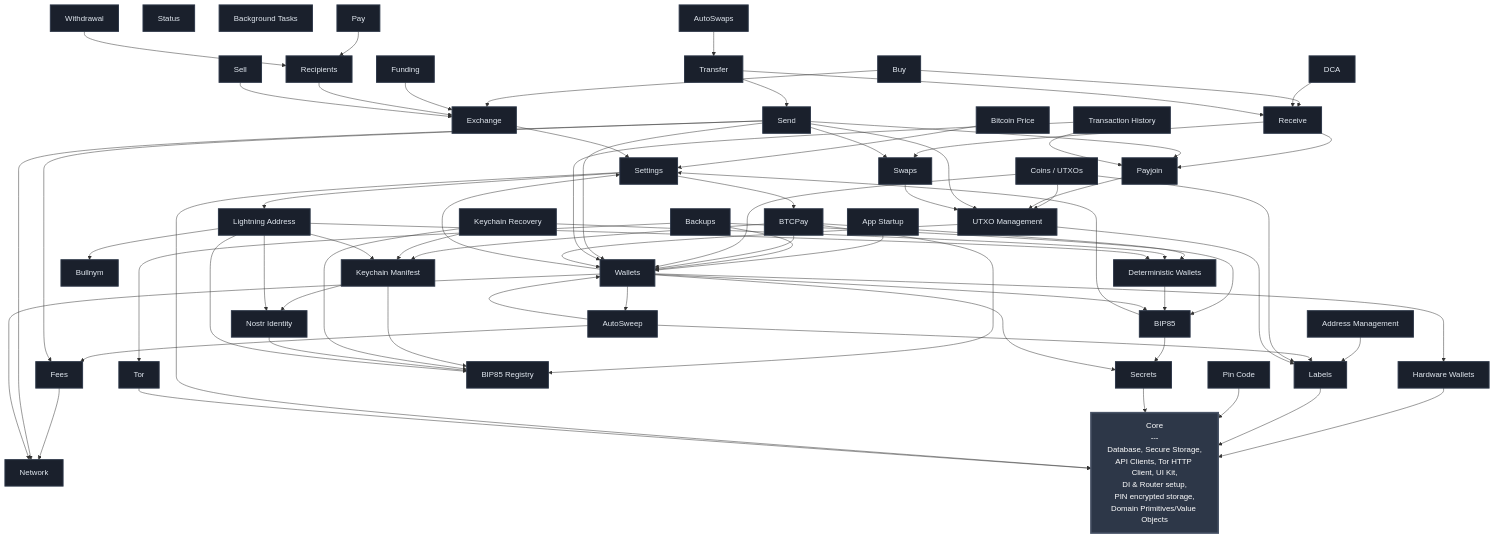
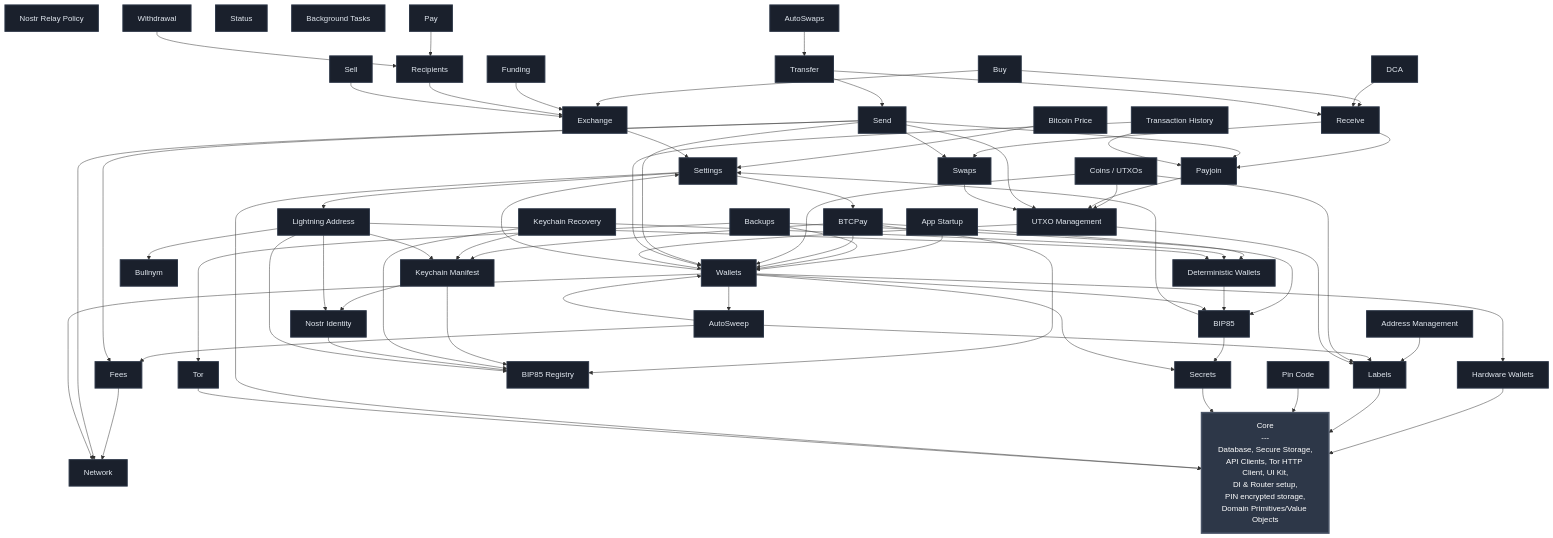
The diagram in FEATURES.md (BullishNode/bullbitcoin-mobile), drawn with Mermaid before and after one commit. The commit also changed 5 other files, not shown here.

Commit message:
feat(nostr_relay_policy): add default relay policy

````diff
--- a/FEATURES.md
+++ b/FEATURES.md
@@ -25,6 +25,7 @@
     KEYCHAIN_MANIFEST[Keychain Manifest]
     KEYCHAIN_RECOVERY[Keychain Recovery]
     NOSTR_IDENTITY[Nostr Identity]
+    NOSTR_RELAY_POLICY[Nostr Relay Policy]
     BULLNYM[Bullnym]
     LIGHTNING_ADDRESS[Lightning Address]
     NETWORK[Network]
@@ -143,4 +144,5 @@
     class SETTINGS,TOR,PIN_CODE,LABELS,SECRETS,HW_WALLETS,BTC_PRICE,BTCPAY,BIP85_REGISTRY,DETERMINISTIC_WALLETS,KEYCHAIN_MANIFEST,KEYCHAIN_RECOVERY,NOSTR_IDENTITY,NETWORK,BIP85,FEES,WALLETS,EXCHANGE,APP_STARTUP,UTXO_MGMT,ADDRESS_MGMT,RECIPIENTS,FUNDING,BACKUPS,SWAPS,PAYJOIN,WITHDRAWAL,STATUS,SEND,RECEIVE,TRANSFER,TX_HISTORY,BG_TASKS,AUTOSWAPS,AUTOSWEEP,DCA,SELL,PAY,BUY featureStyle
     class SETTINGS,TOR,PIN_CODE,LABELS,SECRETS,HW_WALLETS,BTC_PRICE,BTCPAY,BIP85_REGISTRY,DETERMINISTIC_WALLETS,KEYCHAIN_MANIFEST,KEYCHAIN_RECOVERY,NOSTR_IDENTITY,BULLNYM,NETWORK,BIP85,FEES,WALLETS,EXCHANGE,APP_STARTUP,UTXO_MGMT,ADDRESS_MGMT,RECIPIENTS,FUNDING,BACKUPS,SWAPS,PAYJOIN,WITHDRAWAL,STATUS,SEND,RECEIVE,TRANSFER,TX_HISTORY,BG_TASKS,AUTOSWAPS,AUTOSWEEP,DCA,SELL,PAY,BUY featureStyle
     class SETTINGS,TOR,PIN_CODE,LABELS,SECRETS,HW_WALLETS,BTC_PRICE,BTCPAY,BIP85_REGISTRY,DETERMINISTIC_WALLETS,KEYCHAIN_MANIFEST,KEYCHAIN_RECOVERY,NOSTR_IDENTITY,BULLNYM,LIGHTNING_ADDRESS,NETWORK,BIP85,FEES,WALLETS,EXCHANGE,APP_STARTUP,UTXO_MGMT,ADDRESS_MGMT,RECIPIENTS,FUNDING,BACKUPS,SWAPS,PAYJOIN,WITHDRAWAL,STATUS,SEND,RECEIVE,TRANSFER,TX_HISTORY,BG_TASKS,AUTOSWAPS,AUTOSWEEP,DCA,SELL,PAY,BUY featureStyle
+    class SETTINGS,TOR,PIN_CODE,LABELS,SECRETS,HW_WALLETS,BTC_PRICE,BTCPAY,BIP85_REGISTRY,DETERMINISTIC_WALLETS,KEYCHAIN_MANIFEST,KEYCHAIN_RECOVERY,NOSTR_IDENTITY,NOSTR_RELAY_POLICY,BULLNYM,LIGHTNING_ADDRESS,NETWORK,BIP85,FEES,WALLETS,EXCHANGE,APP_STARTUP,UTXO_MGMT,ADDRESS_MGMT,RECIPIENTS,FUNDING,BACKUPS,SWAPS,PAYJOIN,WITHDRAWAL,STATUS,SEND,RECEIVE,TRANSFER,TX_HISTORY,BG_TASKS,AUTOSWAPS,AUTOSWEEP,DCA,SELL,PAY,BUY featureStyle
 ```
````
